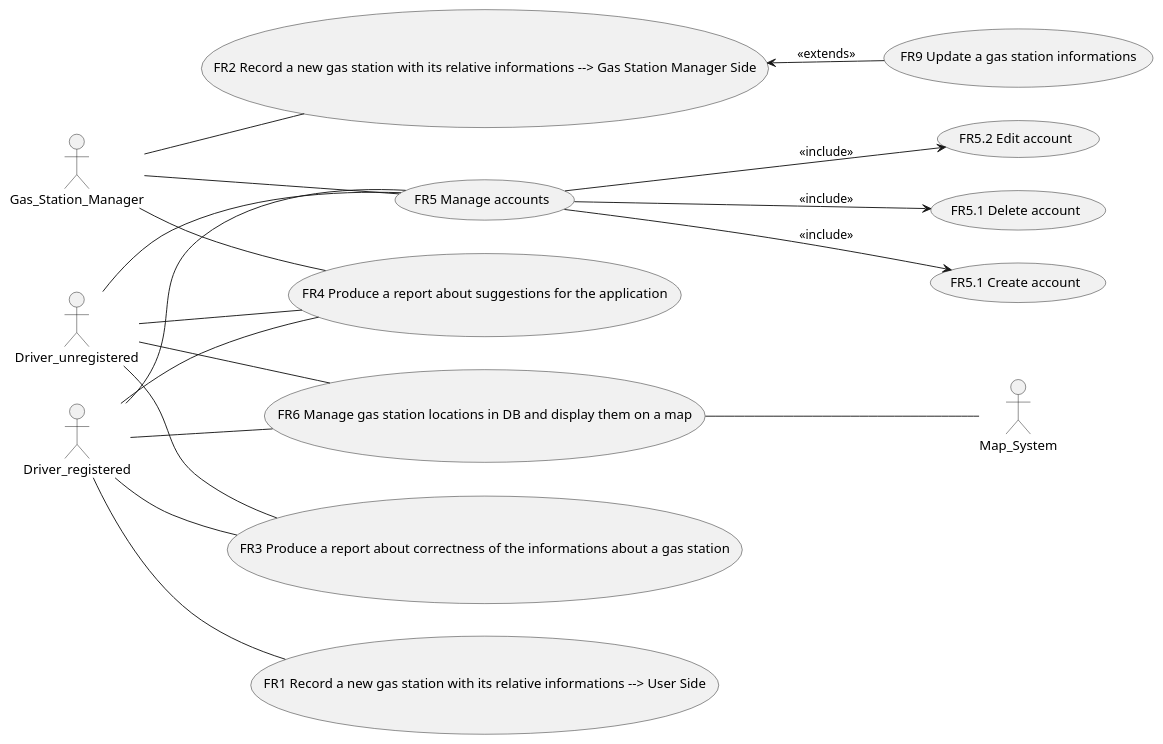
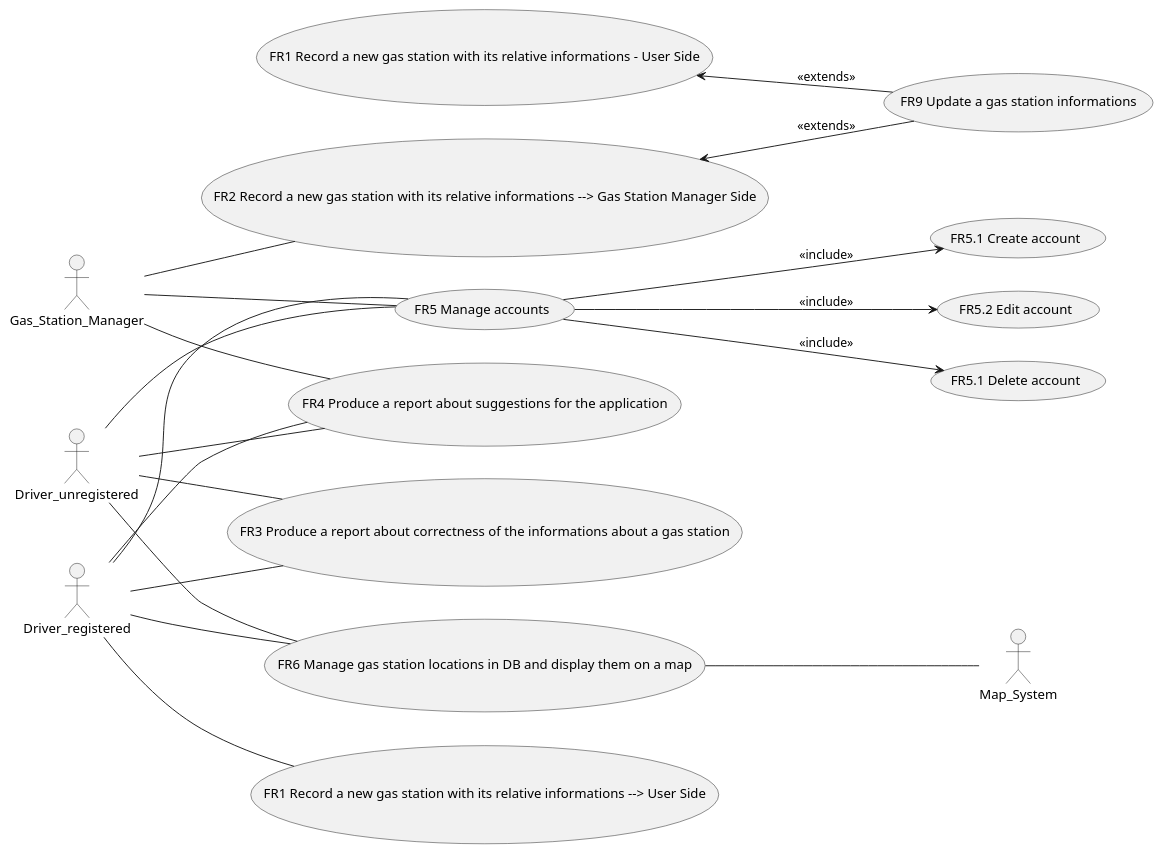
The diagram in use_case_diagram.puml (GaetanoPrudente/SoftwareEngineering), drawn with PlantUML before and after one commit.

```diff
--- a/use_case_diagram.puml
+++ b/use_case_diagram.puml
@@ -1,24 +1,25 @@
 @startuml
 left to right direction
 actor Gas_Station_Manager as gsm
 actor Map_System as ms
 actor Driver_registered as drvR
 actor Driver_unregistered as drvUR
 drvR -- (FR1 Record a new gas station with its relative informations --> User Side)
+(FR1 Record a new gas station with its relative informations - User Side) <-- (FR9 Update a gas station informations) : <<extends>>
 gsm -- (FR2 Record a new gas station with its relative informations --> Gas Station Manager Side)
 (FR2 Record a new gas station with its relative informations --> Gas Station Manager Side) <-- (FR9 Update a gas station informations) : <<extends>>
 drvR -- (FR3 Produce a report about correctness of the informations about a gas station)
 drvUR -- (FR3 Produce a report about correctness of the informations about a gas station)
 drvR -- (FR4 Produce a report about suggestions for the application)
 drvUR -- (FR4 Produce a report about suggestions for the application)
 gsm -- (FR4 Produce a report about suggestions for the application)
 drvR -- (FR5 Manage accounts)
 drvUR -- (FR5 Manage accounts)
 gsm -- (FR5 Manage accounts)
 (FR5 Manage accounts) --> (FR5.1 Create account) :<<include>>
 (FR5 Manage accounts) --> (FR5.2 Edit account) :<<include>>
 (FR5 Manage accounts) --> (FR5.1 Delete account) :<<include>>
 drvR -- (FR6 Manage gas station locations in DB and display them on a map)
 drvUR -- (FR6 Manage gas station locations in DB and display them on a map)
 (FR6 Manage gas station locations in DB and display them on a map) -- ms
 @enduml
```
